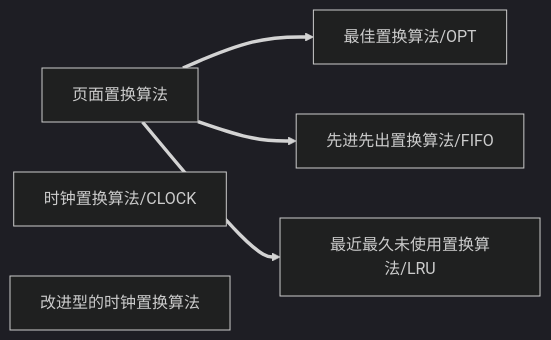
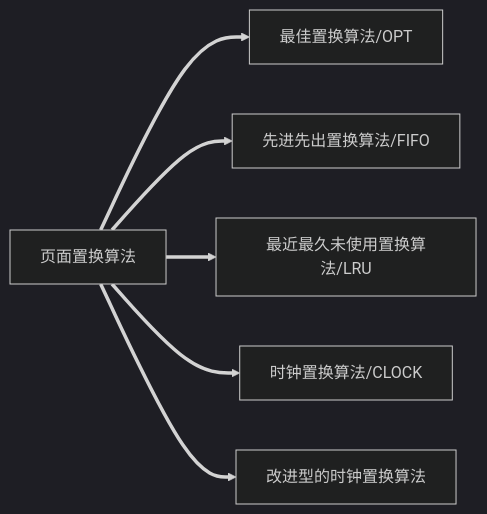
Before and after one commit to MW-S/markdown: the fifth of 5 diagrams in learn/408/操作系统/第三章-内存管理.md, drawn with Mermaid (dark theme). The commit also changed other lines of this file, not shown here.

````diff
--- a/learn/408/操作系统/第三章-内存管理.md
+++ b/learn/408/操作系统/第三章-内存管理.md
@@ -227,12 +230,14 @@
 ```mermaid
 graph LR
 Z[页面置换算法]
 A[最佳置换算法/OPT]
 B[先进先出置换算法/FIFO]
 C[最近最久未使用置换算法/LRU]
 D[时钟置换算法/CLOCK]
 E[改进型的时钟置换算法]
 Z==>A
 Z==>B
 Z==>C
+Z==>D
+Z==>E
 ```
````
